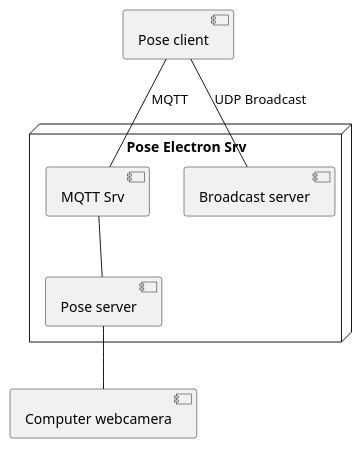
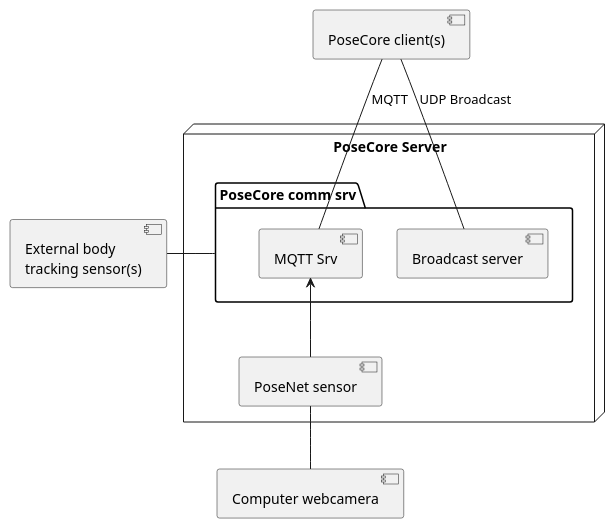
One commit to miman/posecore-client-electron changed the first of 2 diagrams in uml/overview.puml. Above: the diagram before and after it, drawn with PlantUML. The commit also changed other lines of this file and 10 other files, not shown here.

Commit message:
Added support for access to the MQTT server over TCP, WS & WSS

```diff
--- a/uml/overview.puml
+++ b/uml/overview.puml
@@ -1,17 +1,22 @@
 @startuml posecore
 
-Component "Pose client" as client
+Component "PoseCore client(s)" as client
 Component "Computer webcamera" as camera
+Component "External body \ntracking sensor(s)" as ext_sensor
 
-node "Pose Electron Srv" as pes {
-    Component "Pose server" as pose_srv
-    Component "MQTT Srv" as mqtt_srv
-    Component "Broadcast server" as broadcast_srv
+node "PoseCore Server" as pes {
+    package "PoseCore comm srv" as pcs {
+        Component "MQTT Srv" as mqtt_srv
+        Component "Broadcast server" as broadcast_srv
+    }
+    Component "PoseNet sensor" as pose_srv
 }
 
-mqtt_srv -- pose_srv
+mqtt_srv <-- pose_srv
 client -- mqtt_srv: MQTT
 client -- broadcast_srv: UDP Broadcast
 pose_srv -- camera
 
+pcs -left- ext_sensor
+
 @enduml
```
